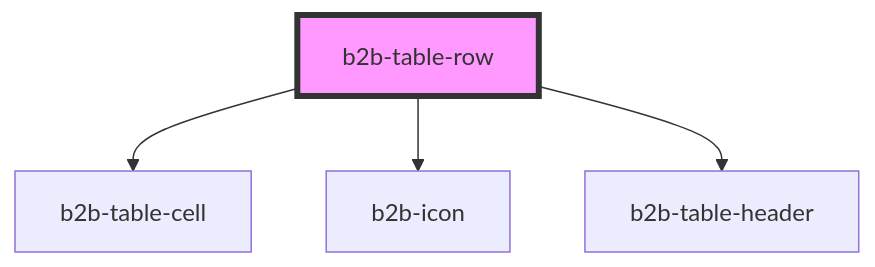
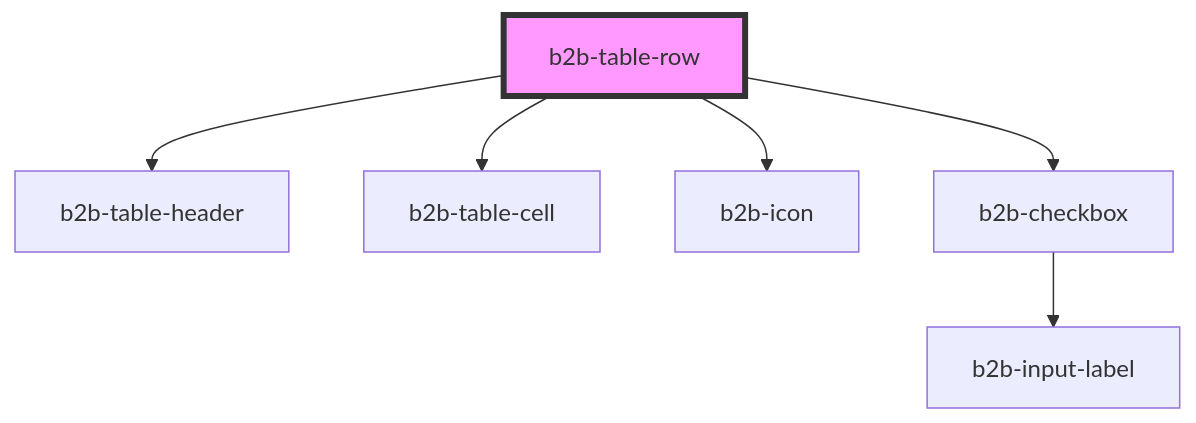
The diagram in packages/core-components/src/components/table/table-row/readme.md (otto-de/b2b-design-system), drawn with Mermaid before and after one commit. The commit also changed other lines of this file and 9 other files, not shown here.

````diff
--- a/packages/core-components/src/components/table/table-row/readme.md
+++ b/packages/core-components/src/components/table/table-row/readme.md
@@ -46,7 +52,9 @@
 ```mermaid
 graph TD;
+  b2b-table-row --> b2b-table-header
   b2b-table-row --> b2b-table-cell
   b2b-table-row --> b2b-icon
-  b2b-table-row --> b2b-table-header
+  b2b-table-row --> b2b-checkbox
+  b2b-checkbox --> b2b-input-label
   style b2b-table-row fill:#f9f,stroke:#333,stroke-width:4px
 ```
````
